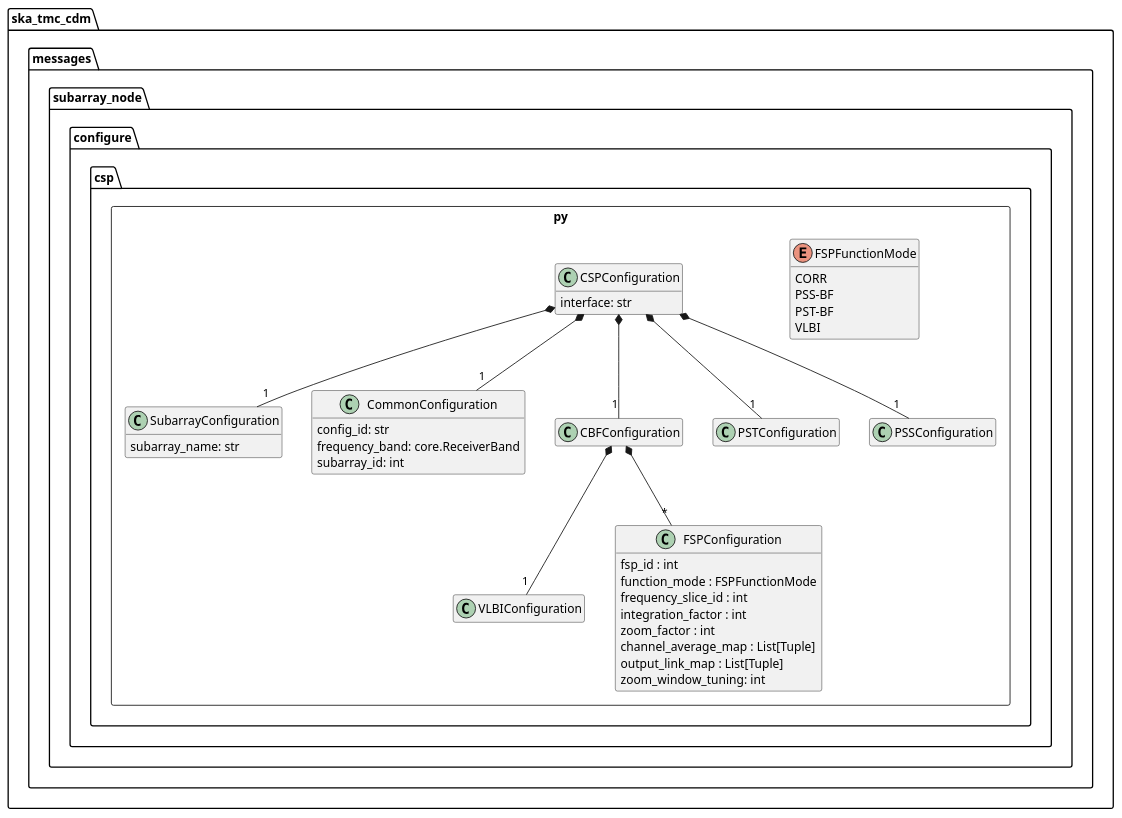
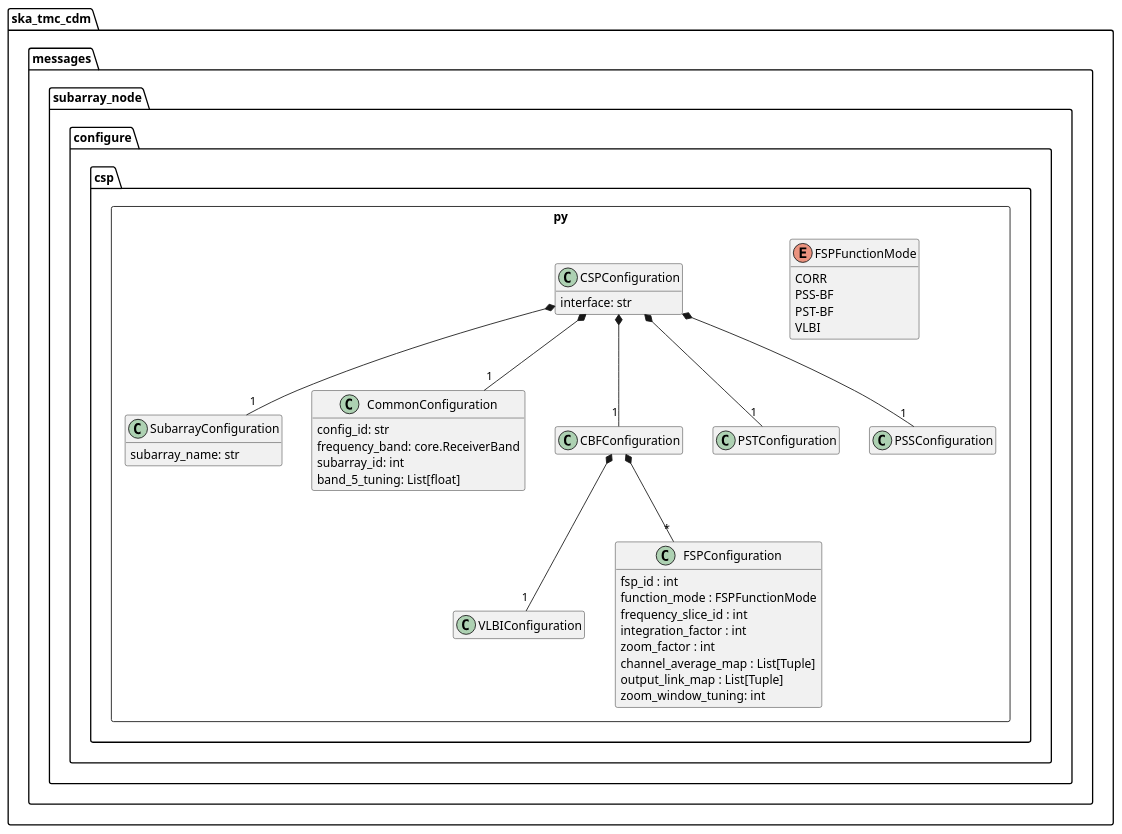
The diagram in docs/src/developer/subarraynode/csp.puml (ska-telescope/cdm-shared-library), drawn with PlantUML before and after one commit. The commit also changed 8 other files, not shown here.

Commit message:
AT2-855 added support of csp.common.band_5_tuning in MID configure request

```diff
--- a/docs/src/developer/subarraynode/csp.puml
+++ b/docs/src/developer/subarraynode/csp.puml
@@ -1,71 +1,72 @@
 @startuml
 hide empty members
 
 ' Remove the following lines when VLBI, PSS and PST
 ' are added to CDM
 remove VLBIConfiguration
 remove PSTConfiguration
 remove PSSConfiguration
 
 package ska_tmc_cdm.messages.subarray_node.configure {
 	package csp.py <<Rectangle>> {
 
 	    class SubarrayConfiguration {
 	        subarray_name: str
 	    }
 
 	    class CommonConfiguration {
 	        config_id: str
             frequency_band: core.ReceiverBand
             subarray_id: int
+            band_5_tuning: List[float]
 	    }
 
 	    class CBFConfiguration {
 
 	    }
 
 	    class PSTConfiguration {
 
 	    }
 
         class PSSConfiguration {
 
         }
 
         class VLBIConfiguration {
 
         }
 
 		enum FSPFunctionMode {
 			CORR
 			PSS-BF
 			PST-BF
 			VLBI
 		}
 
 		class FSPConfiguration {
 			fsp_id : int
 			function_mode : FSPFunctionMode
 			frequency_slice_id : int
 			integration_factor : int
 			zoom_factor : int
 			channel_average_map : List[Tuple]
 			output_link_map : List[Tuple]
 			zoom_window_tuning: int
 		}
 
 		class CSPConfiguration {
 	        interface: str
 		}
 		CBFConfiguration *-- "*" FSPConfiguration
 		CBFConfiguration *-- "1" VLBIConfiguration
 		CSPConfiguration *-- "1" CommonConfiguration
 		CSPConfiguration *-- "1" SubarrayConfiguration
 		CSPConfiguration *-- "1" CBFConfiguration
 		CSPConfiguration *-- "1" PSTConfiguration
 		CSPConfiguration *-- "1" PSSConfiguration
 
 	}
 }
 
 @enduml
```
